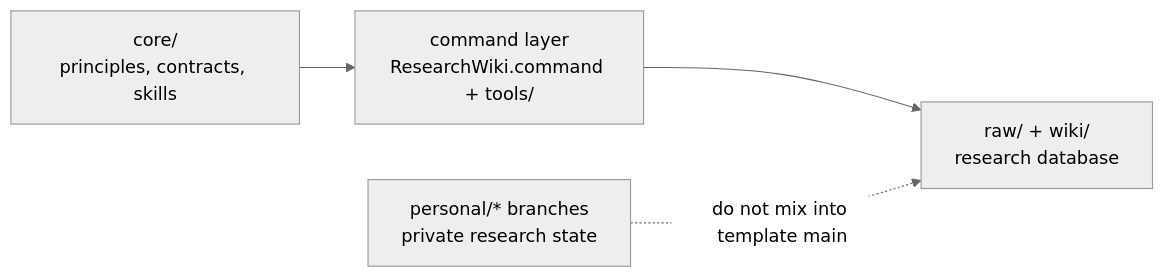
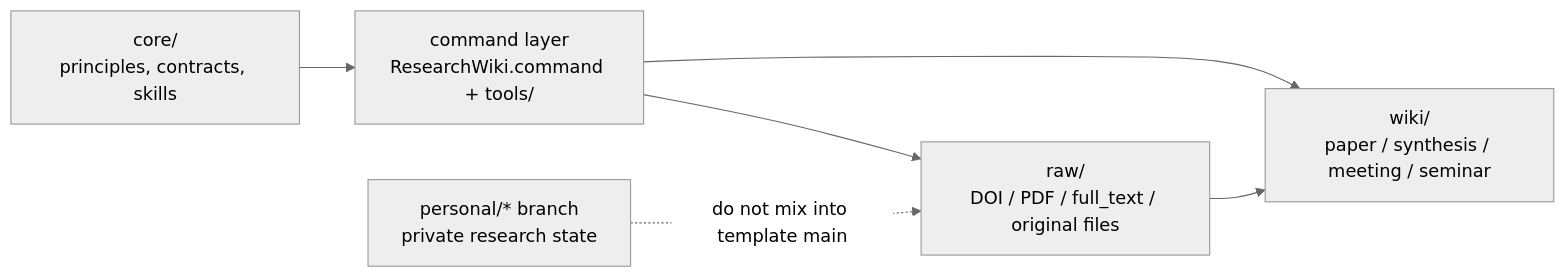
Before and after one commit to ChenHau-Lan/ResearchWiki: the second of 2 diagrams in README.md, drawn with Mermaid (neutral theme). The commit also changed other lines of this file and 1 other file, not shown here.

````diff
--- a/README.md
+++ b/README.md
@@ -104,6 +87,8 @@
 ```mermaid
 flowchart LR
     CORE["core/<br/>principles, contracts, skills"] --> CMD["command layer<br/>ResearchWiki.command + tools/"]
-    CMD --> DB["raw/ + wiki/<br/>research database"]
-    PERSONAL["personal/* branches<br/>private research state"] -. "do not mix into template main" .-> DB
+    RAW["raw/<br/>DOI / PDF / full_text / original files"] --> WIKI["wiki/<br/>paper / synthesis / meeting / seminar"]
+    CMD --> RAW
+    CMD --> WIKI
+    PERSONAL["personal/* branch<br/>private research state"] -. "do not mix into template main" .-> RAW
 ```
````
